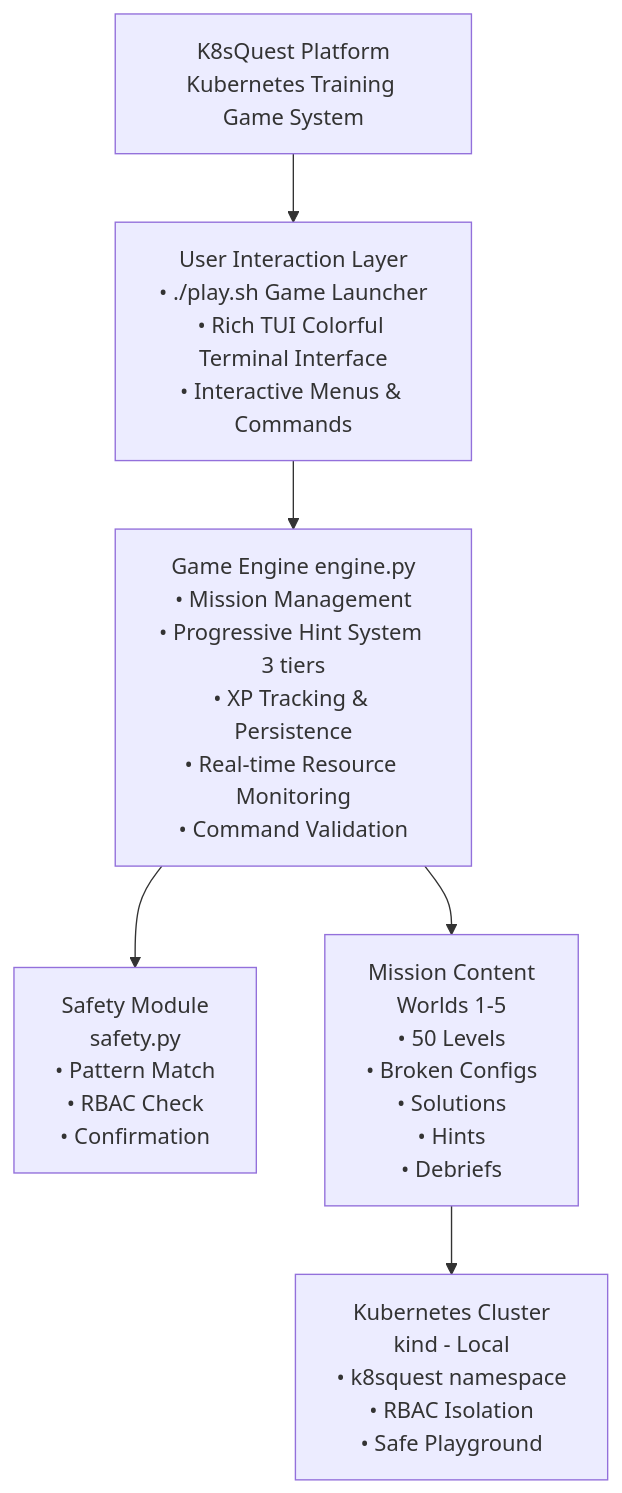
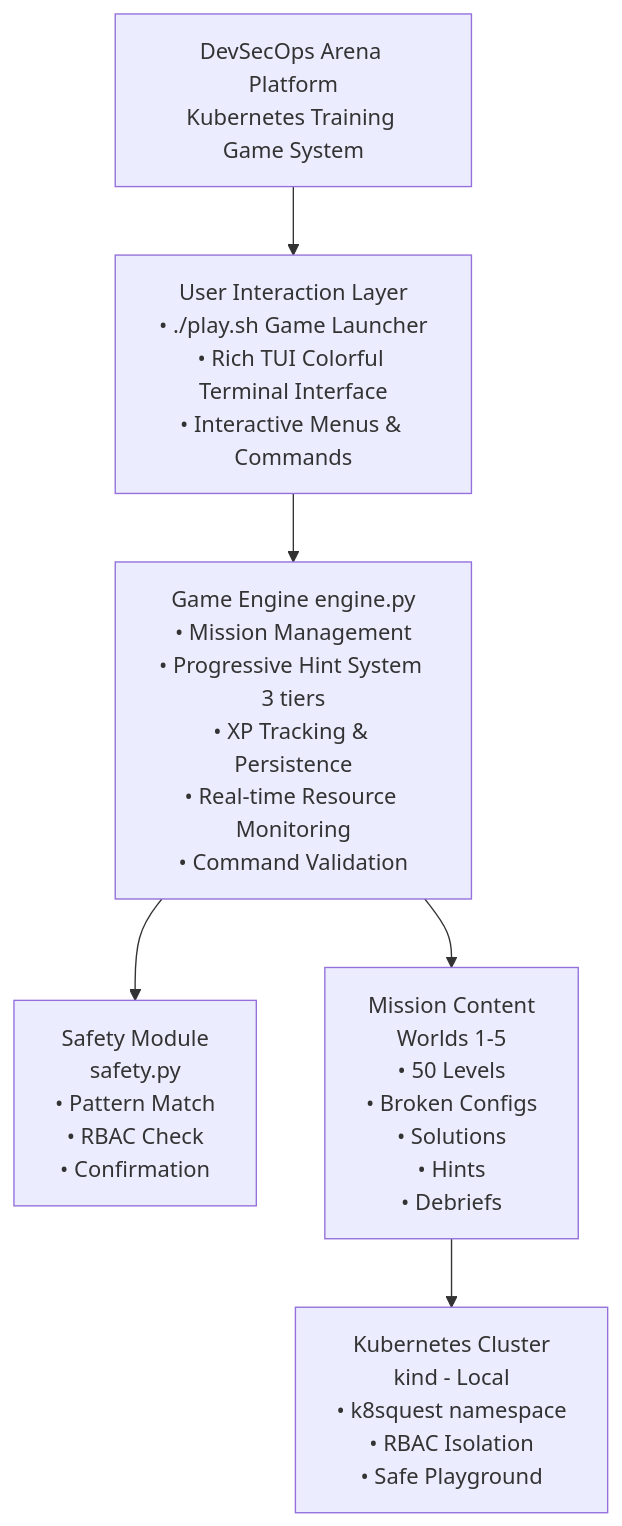
One commit to kholcomb/DevSecOps_Arena changed the first of 4 diagrams in docs/ARCHITECTURE.md. Above: the diagram before and after it, drawn with Mermaid. The commit also changed other lines of this file and 32 other files, not shown here.

Commit message:
DevSecOps_Arena refactor naming

````diff
--- a/docs/ARCHITECTURE.md
+++ b/docs/ARCHITECTURE.md
@@ -5,15 +5,15 @@
 ```mermaid
 graph TD
-    A[K8sQuest Platform<br/>Kubernetes Training Game System]
+    A[DevSecOps Arena Platform<br/>Kubernetes Training Game System]
     B[User Interaction Layer<br/>• ./play.sh Game Launcher<br/>• Rich TUI Colorful Terminal Interface<br/>• Interactive Menus & Commands]
     C[Game Engine engine.py<br/>• Mission Management<br/>• Progressive Hint System 3 tiers<br/>• XP Tracking & Persistence<br/>• Real-time Resource Monitoring<br/>• Command Validation]
     D[Safety Module<br/>safety.py<br/>• Pattern Match<br/>• RBAC Check<br/>• Confirmation]
     E[Mission Content<br/>Worlds 1-5<br/>• 50 Levels<br/>• Broken Configs<br/>• Solutions<br/>• Hints<br/>• Debriefs]
     F[Kubernetes Cluster<br/>kind - Local<br/>• k8squest namespace<br/>• RBAC Isolation<br/>• Safe Playground]
 
     A --> B
     B --> C
     C --> D
     C --> E
     E --> F
 ```
````
